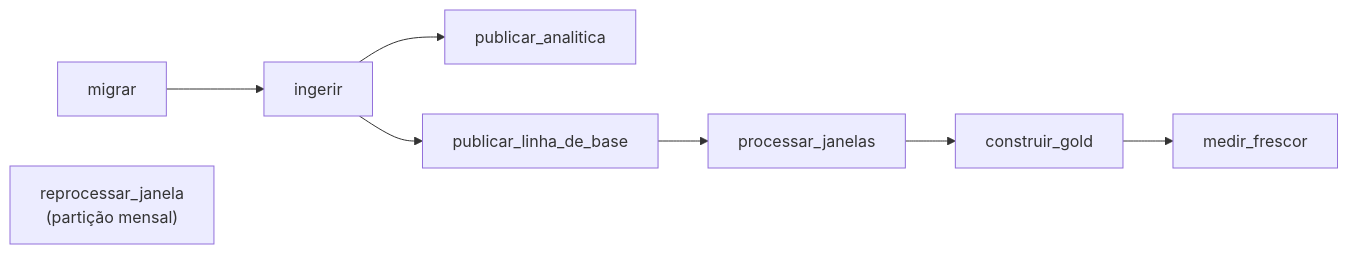
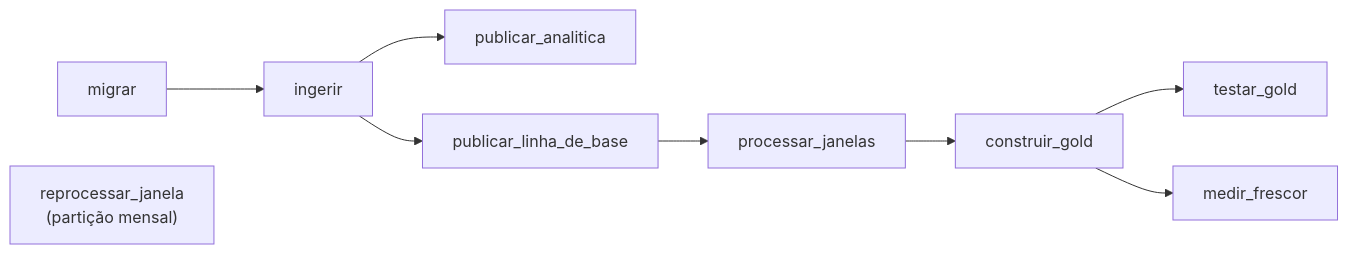
The diagram in docs/orquestracao.md (daviegito/bd2_2026_2_eduinfra), drawn with Mermaid before and after one commit. The commit also changed other lines of this file and 2 other files, not shown here.

````diff
--- a/docs/orquestracao.md
+++ b/docs/orquestracao.md
@@ -16,10 +16,11 @@
 ```mermaid
 flowchart LR
     MIGRAR["migrar"] --> INGERIR["ingerir"]
     INGERIR --> ANALITICA["publicar_analitica"]
     INGERIR --> BASE["publicar_linha_de_base"]
     BASE --> JANELAS["processar_janelas"]
     JANELAS --> GOLD["construir_gold"]
+    GOLD --> TESTES["testar_gold"]
     GOLD --> FRESCOR["medir_frescor"]
     REPROC["reprocessar_janela<br/>(partição mensal)"]
 ```
````
